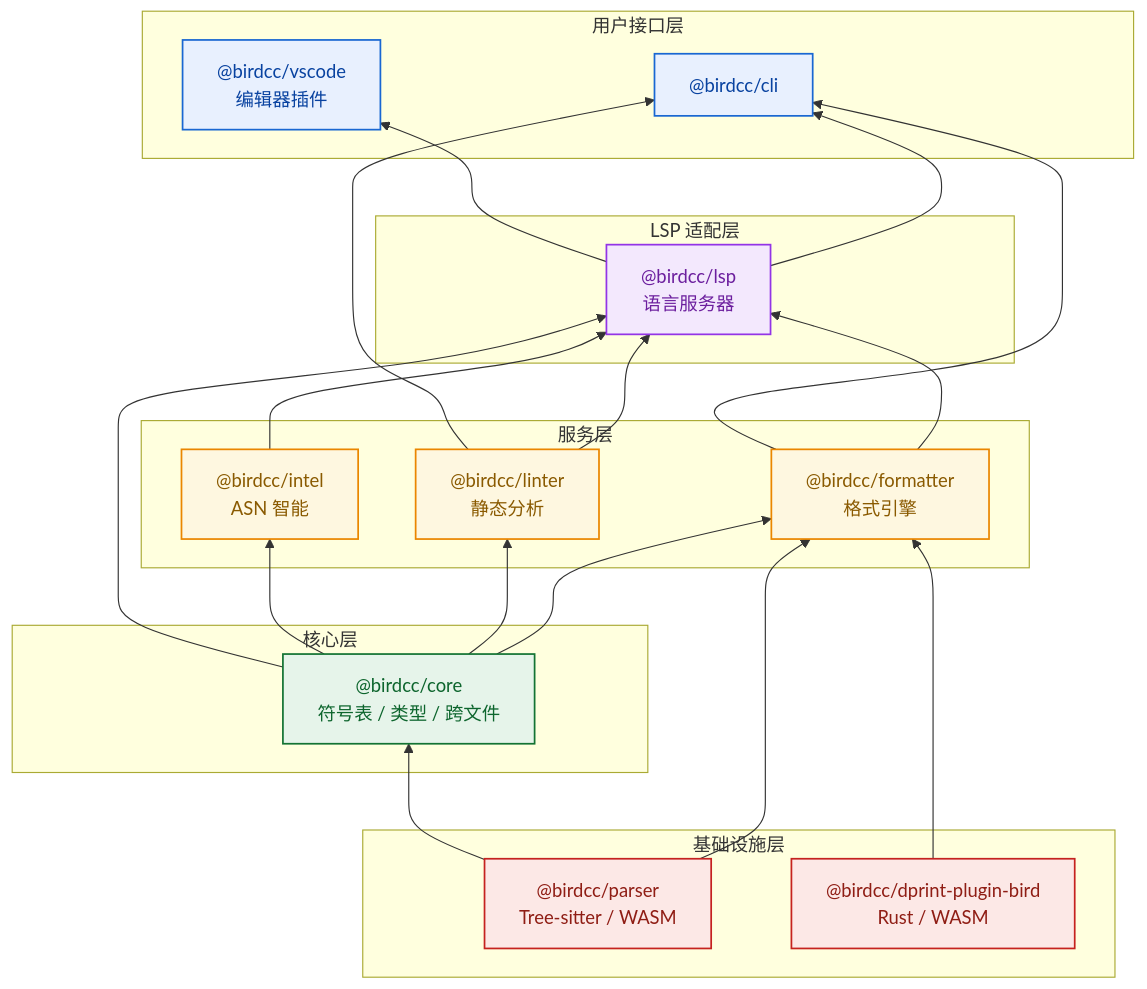
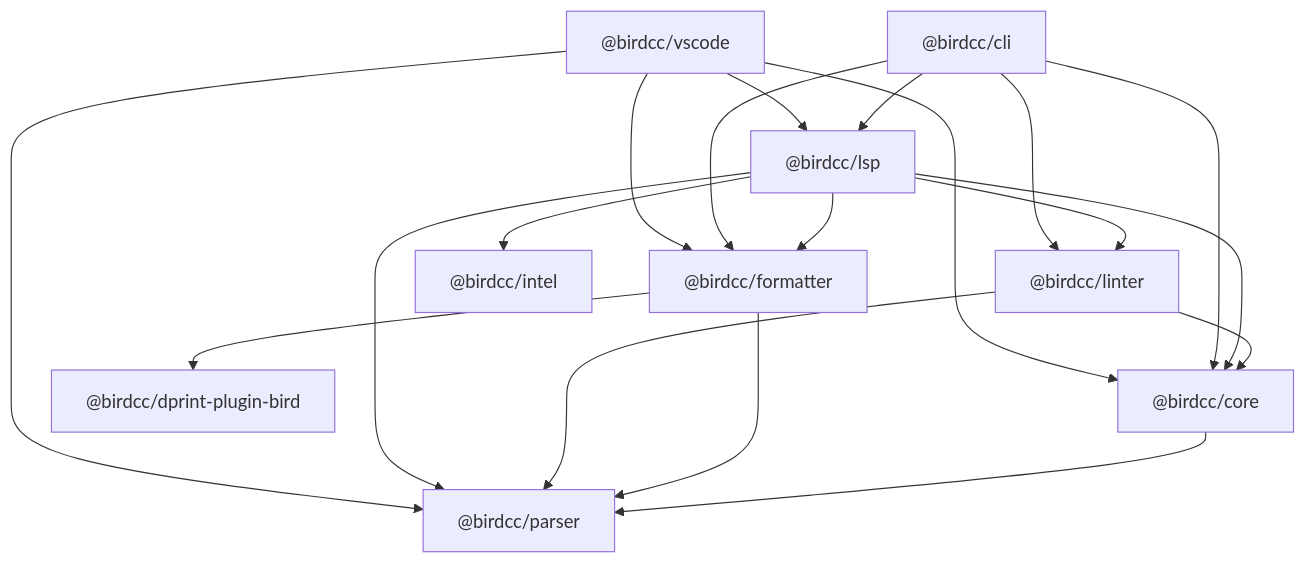
Before and after one commit to bird-chinese-community/BIRD-LSP: the diagram in README.zh.md, drawn with Mermaid. The commit also changed other lines of this file and 20 other files, not shown here.

````diff
--- a/README.zh.md
+++ b/README.zh.md
@@ -157,53 +79,31 @@
 ```mermaid
-flowchart BT
-    classDef infra fill:#fce8e6,stroke:#c5221f,stroke-width:1.5px,color:#8f1d14
-    classDef core fill:#e6f4ea,stroke:#137333,stroke-width:1.5px,color:#0d652d
-    classDef service fill:#fef7e0,stroke:#ea8600,stroke-width:1.5px,color:#8a5a00
-    classDef adapter fill:#f3e8fd,stroke:#9334e6,stroke-width:1.5px,color:#6c1f9e
-    classDef ui fill:#e8f0fe,stroke:#1967d2,stroke-width:1.5px,color:#0842a0
+flowchart TD
+    VSCODE["@birdcc/vscode"]
+    CLI["@birdcc/cli"]
+    LSP["@birdcc/lsp"]
+    LINTER["@birdcc/linter"]
+    FORMATTER["@birdcc/formatter"]
+    INTEL["@birdcc/intel"]
+    CORE["@birdcc/core"]
+    DPRINT["@birdcc/dprint-plugin-bird"]
+    PARSER["@birdcc/parser"]
 
-    subgraph infra [基础设施层]
-        PARSER["@birdcc/parser<br/>Tree-sitter / WASM"]
-        DPRINT["@birdcc/dprint-plugin-bird<br/>Rust / WASM"]
-    end
-
-    subgraph core [核心层]
-        CORE["@birdcc/core<br/>符号表 / 类型 / 跨文件"]
-    end
-
-    subgraph service [服务层]
-        LINTER["@birdcc/linter<br/>静态分析"]
-        FORMATTER["@birdcc/formatter<br/>格式引擎"]
-        INTEL["@birdcc/intel<br/>ASN 智能"]
-    end
-
-    subgraph adapter [LSP 适配层]
-        LSP_SERVER["@birdcc/lsp<br/>语言服务器"]
-    end
-
-    subgraph ui [用户接口层]
-        CLI["@birdcc/cli"]
-        VSCODE["@birdcc/vscode<br/>编辑器插件"]
-    end
-
-    DPRINT --> FORMATTER
-    PARSER --> FORMATTER
-    PARSER --> CORE
-    CORE --> FORMATTER
-    CORE --> LINTER
-    CORE --> INTEL
-    CORE --> LSP_SERVER
-    LINTER --> LSP_SERVER
-    FORMATTER --> LSP_SERVER
-    INTEL --> LSP_SERVER
-    LSP_SERVER --> CLI
-    LSP_SERVER --> VSCODE
-    LINTER --> CLI
-    FORMATTER --> CLI
-
-    class PARSER,DPRINT infra
-    class CORE core
-    class LINTER,FORMATTER,INTEL service
-    class LSP_SERVER adapter
-    class CLI,VSCODE ui
+    VSCODE --> LSP
+    VSCODE --> FORMATTER
+    VSCODE --> CORE
+    VSCODE --> PARSER
+    CLI --> LSP
+    CLI --> LINTER
+    CLI --> FORMATTER
+    CLI --> CORE
+    LSP --> LINTER
+    LSP --> FORMATTER
+    LSP --> INTEL
+    LSP --> CORE
+    LSP --> PARSER
+    LINTER --> CORE
+    LINTER --> PARSER
+    FORMATTER --> DPRINT
+    FORMATTER --> PARSER
+    CORE --> PARSER
 ```
````
